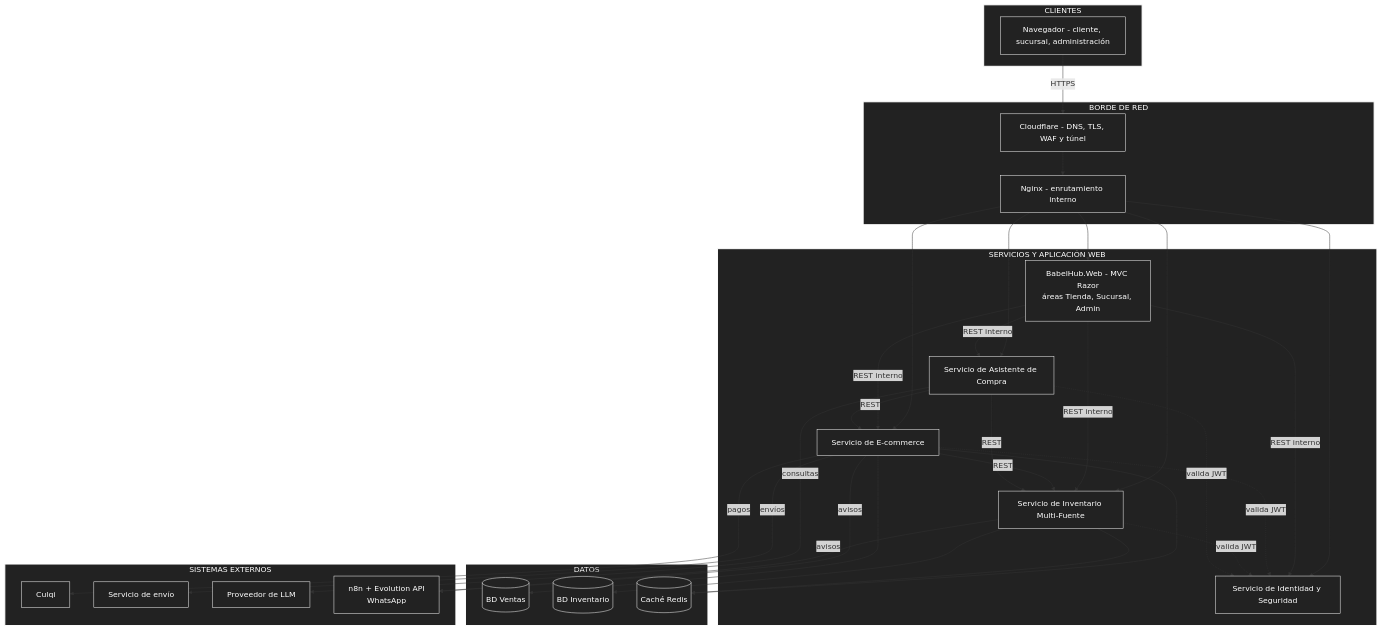
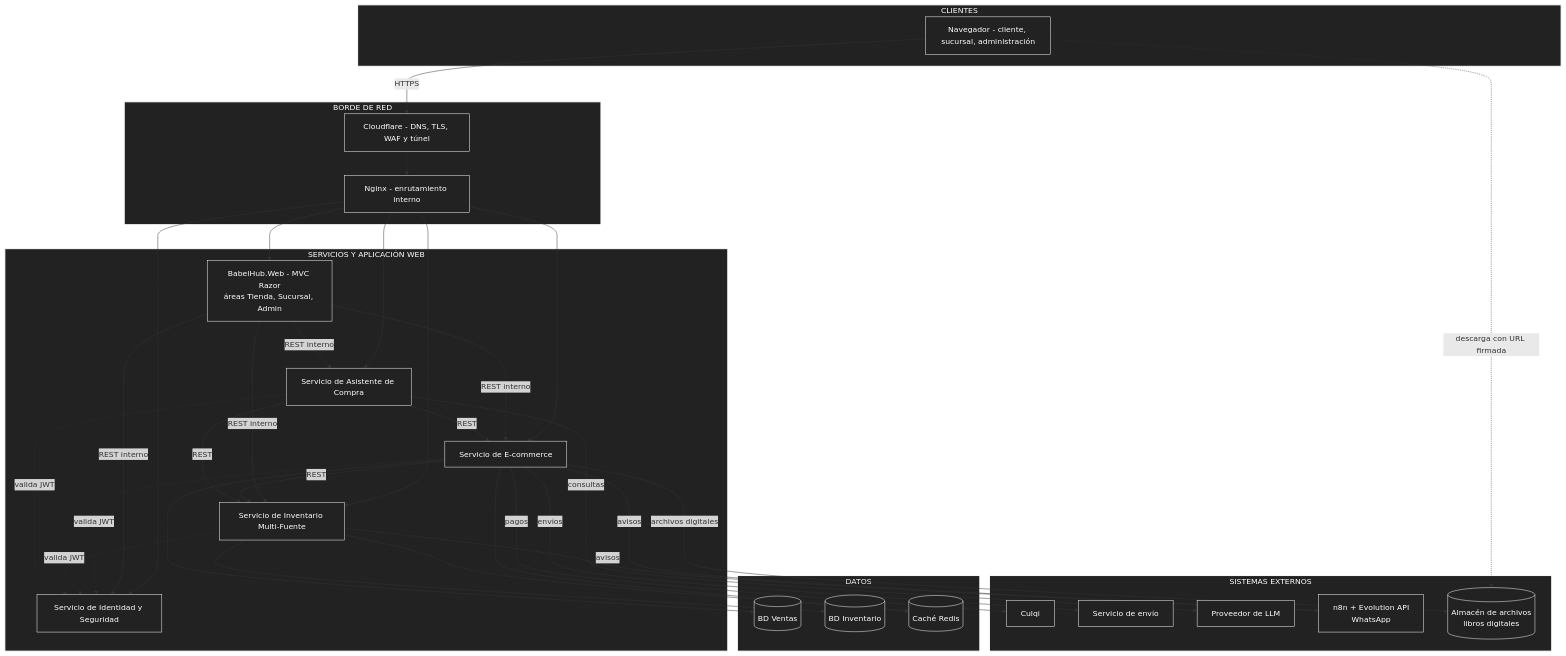
Before and after one commit to P35C4D0R4B1050/BabelHub: the first of 4 diagrams in docs/06-estilo-arquitectonico.md, drawn with Mermaid. The commit also changed other lines of this file and 2 other files, not shown here.

First line of the commit message:
docs: reflect digital books in architecture style, approach and README

```diff
--- a/docs/06-estilo-arquitectonico.md
+++ b/docs/06-estilo-arquitectonico.md
@@ -37,6 +37,7 @@
 ENV["Servicio de envío"]
 LLM["Proveedor de LLM"]
 NOT["n8n + Evolution API<br/>WhatsApp"]
+ALM[("Almacén de archivos<br/>libros digitales")]
 end
 
 Nav -->|"HTTPS"| CF
@@ -67,10 +68,13 @@
 ECO -->|"envíos"| ENV
 ECO -->|"avisos"| NOT
 INV -->|"avisos"| NOT
+ECO -->|"archivos digitales"| ALM
+Nav -.->|"descarga con URL firmada"| ALM
 ASI -->|"consultas"| LLM
 
 style Nav fill:#222,stroke:#fff,color:#fff
 style NOT fill:#222,stroke:#fff,color:#fff
+style ALM fill:#222,stroke:#fff,color:#fff
 style CLIENTES fill:#222,stroke:#fff,stroke-width:2px,color:#fff
 style BORDE fill:#222,stroke:#fff,stroke-width:2px,color:#fff
 style SERVICIOS fill:#222,stroke:#fff,stroke-width:2px,color:#fff
```
